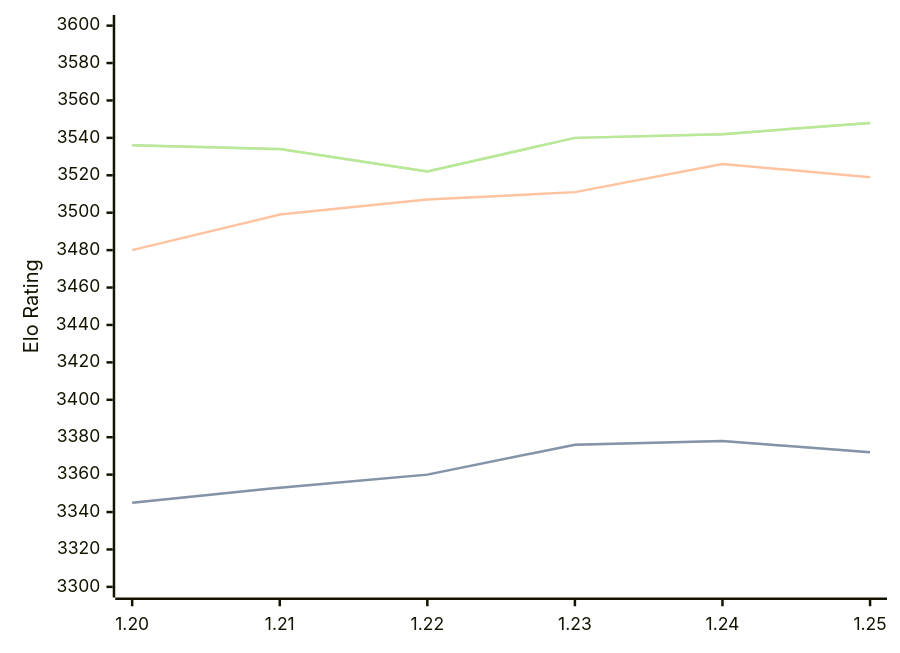
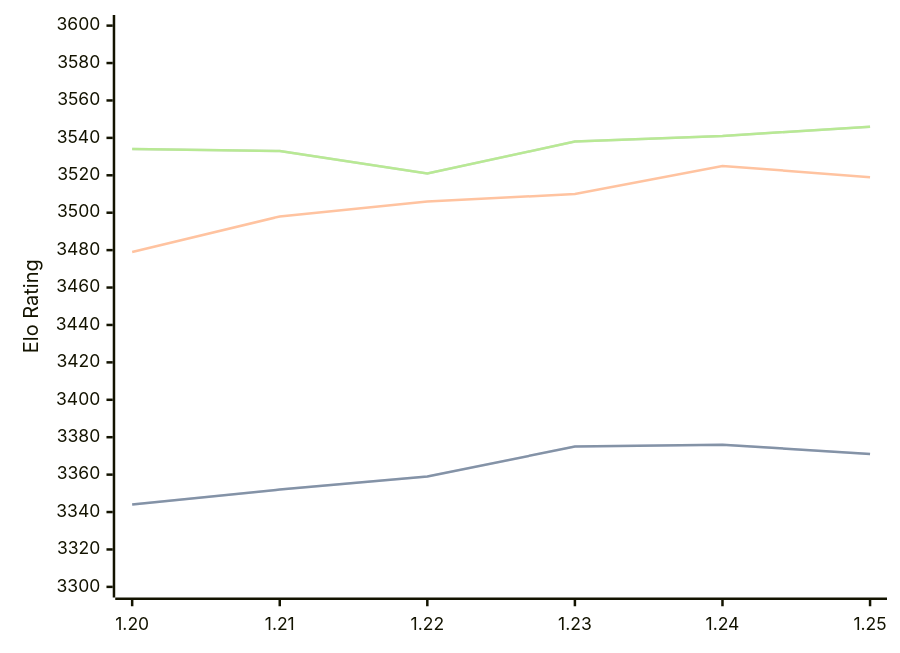
One commit to computer-chess-index/cci changed the diagram in engines/Caissa.md. Above: the diagram before and after it, drawn with Mermaid. The commit also changed other lines of this file, not shown here.

Commit message:
Update CCI Ratings (ELO VLTC) - 2026-08-04

````diff
--- a/engines/Caissa.md
+++ b/engines/Caissa.md
@@ -65,11 +65,11 @@
 ```mermaid
 %%{init: {"theme":"base","themeVariables":{"seriesColors:['#a3a3a3','#222221','#faa371']}}}%%
 xychart-beta
   x-axis ["1.20", "1.21", "1.22", "1.23", "1.24", "1.25"]
   y-axis "Elo Rating" 3300 --> 3600
-  line "STC (8.0+0.08s)" [3345, 3353, 3360, 3376, 3378, 3372]
-  line "STC (8.0+0.08s)" [3345, 3353, 3360, 3376, 3378, 3372]
-  line "LTC (60.0+0.60s)" [3480, 3499, 3507, 3511, 3526, 3519]
-  line "VLTC (2m24s+1.12s)" [3536, 3534, 3522, 3540, 3542, 3548]
-  line "VLTC (2m24s+1.12s)" [3536, 3534, 3522, 3540, 3542, 3548]
+  line "STC (8.0+0.08s)" [3344, 3352, 3359, 3375, 3376, 3371]
+  line "STC (8.0+0.08s)" [3344, 3352, 3359, 3375, 3376, 3371]
+  line "LTC (60.0+0.60s)" [3479, 3498, 3506, 3510, 3525, 3519]
+  line "VLTC (2m24s+1.12s)" [3534, 3533, 3521, 3538, 3541, 3546]
+  line "VLTC (2m24s+1.12s)" [3534, 3533, 3521, 3538, 3541, 3546]
 ```
````
